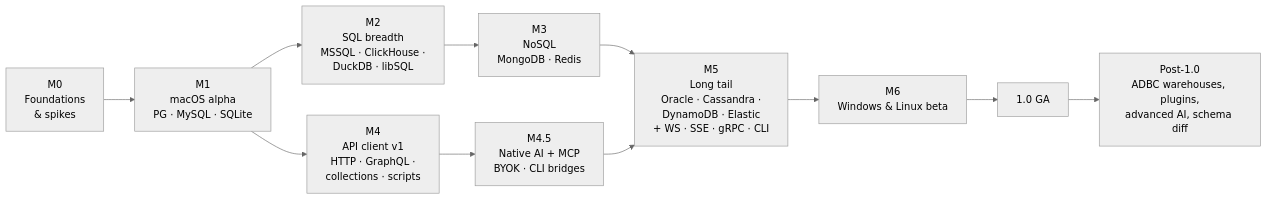
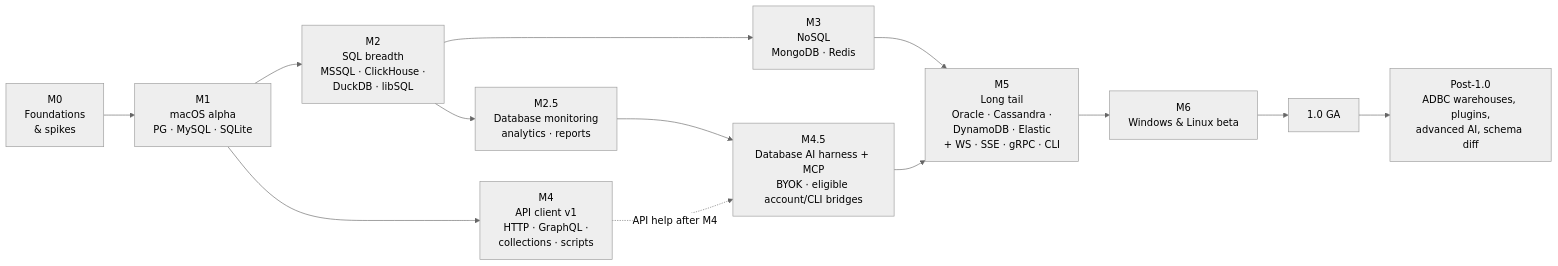
Before and after one commit to theetaz/open-rows: the diagram in docs/19-roadmap.md, drawn with Mermaid (neutral theme). The commit also changed other lines of this file and 10 other files, not shown here.

````diff
--- a/docs/19-roadmap.md
+++ b/docs/19-roadmap.md
@@ -5,13 +5,16 @@
 ```mermaid
 flowchart LR
     M0["M0<br/>Foundations<br/>& spikes"] --> M1["M1<br/>macOS alpha<br/>PG · MySQL · SQLite"]
     M1 --> M2["M2<br/>SQL breadth<br/>MSSQL · ClickHouse ·<br/>DuckDB · libSQL"]
+    M2 --> MON["M2.5<br/>Database monitoring<br/>analytics · reports"]
+    MON --> AI
     M2 --> M3["M3<br/>NoSQL<br/>MongoDB · Redis"]
     M1 --> M4["M4<br/>API client v1<br/>HTTP · GraphQL ·<br/>collections · scripts"]
     M3 --> M5["M5<br/>Long tail<br/>Oracle · Cassandra ·<br/>DynamoDB · Elastic<br/>+ WS · SSE · gRPC · CLI"]
-    M4 --> AI["M4.5<br/>Native AI + MCP<br/>BYOK · CLI bridges"]
+    AI["M4.5<br/>Database AI harness + MCP<br/>BYOK · eligible account/CLI bridges"]
+    M4 -.->|API help after M4| AI
     AI --> M5
     M5 --> M6["M6<br/>Windows & Linux beta"]
     M6 --> GA["1.0 GA"]
     GA --> P["Post-1.0<br/>ADBC warehouses, plugins,<br/>advanced AI, schema diff"]
 ```
````
